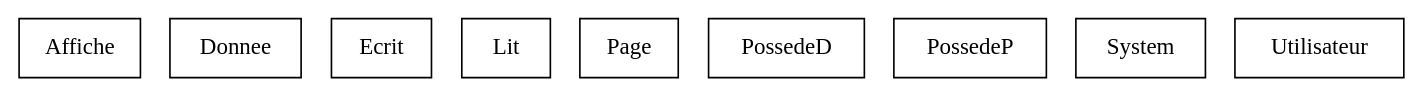
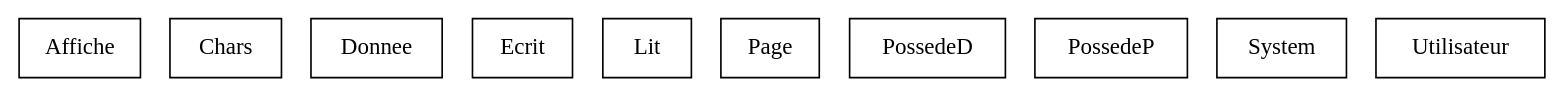
The diagram in bdp/reseau_social.dot (juliette39/reseau_social), drawn with Graphviz before and after one commit. The commit also changed 6 other files, not shown here.

```diff
--- a/bdp/reseau_social.dot
+++ b/bdp/reseau_social.dot
@@ -1,12 +1,13 @@
 digraph {
 Affiche [ label=" Affiche " shape= box ]
+Chars [ label=" Chars " shape= box ]
 Donnee [ label=" Donnee " shape= box ]
 Ecrit [ label=" Ecrit " shape= box ]
 Lit [ label=" Lit " shape= box ]
 Page [ label=" Page " shape= box ]
 PossedeD [ label=" PossedeD " shape= box ]
 PossedeP [ label=" PossedeP " shape= box ]
 System [ label=" System " shape= box ]
 Utilisateur [ label=" Utilisateur " shape= box ]
 
 }
```
